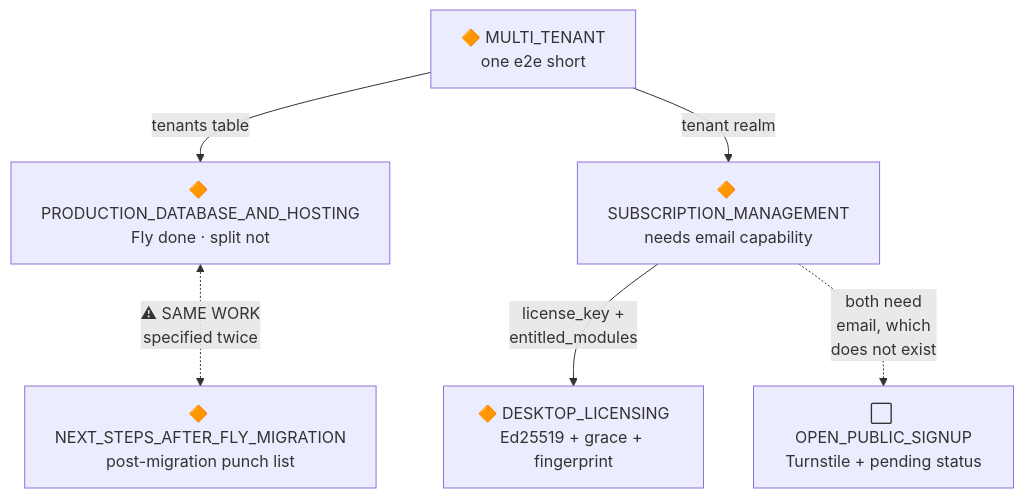
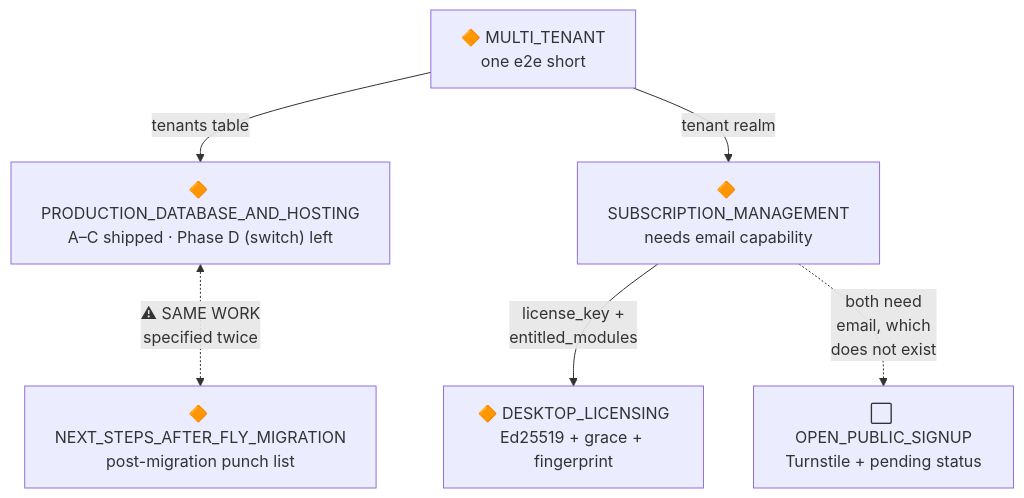
One commit to amirelhalabi/Liratek changed the second of 4 diagrams in docs/plans/ongoing_plans/PLAN_OVERVIEW.md. Above: the diagram before and after it, drawn with Mermaid. The commit also changed other lines of this file and 5 other files, not shown here.

````diff
--- a/docs/plans/ongoing_plans/PLAN_OVERVIEW.md
+++ b/docs/plans/ongoing_plans/PLAN_OVERVIEW.md
@@ -256,15 +255,15 @@
 ```mermaid
 graph TD
   MT["🔶 MULTI_TENANT<br/>one e2e short"]
-  PDH["🔶 PRODUCTION_DATABASE_AND_HOSTING<br/>Fly done · split not"]
+  PDH["🔶 PRODUCTION_DATABASE_AND_HOSTING<br/>A–C shipped · Phase D (switch) left"]
   NSF["🔶 NEXT_STEPS_AFTER_FLY_MIGRATION<br/>post-migration punch list"]
   SUB["🔶 SUBSCRIPTION_MANAGEMENT<br/>needs email capability"]
   LIC["🔶 DESKTOP_LICENSING<br/>Ed25519 + grace + fingerprint"]
   OPEN["⬜ OPEN_PUBLIC_SIGNUP<br/>Turnstile + pending status"]
 
   MT -->|"tenants table"| PDH
   MT -->|"tenant realm"| SUB
   SUB -->|"license_key +<br/>entitled_modules"| LIC
   SUB -.->|"both need<br/>email, which<br/>does not exist"| OPEN
   PDH <-.->|"⚠ SAME WORK<br/>specified twice"| NSF
 ```
````
